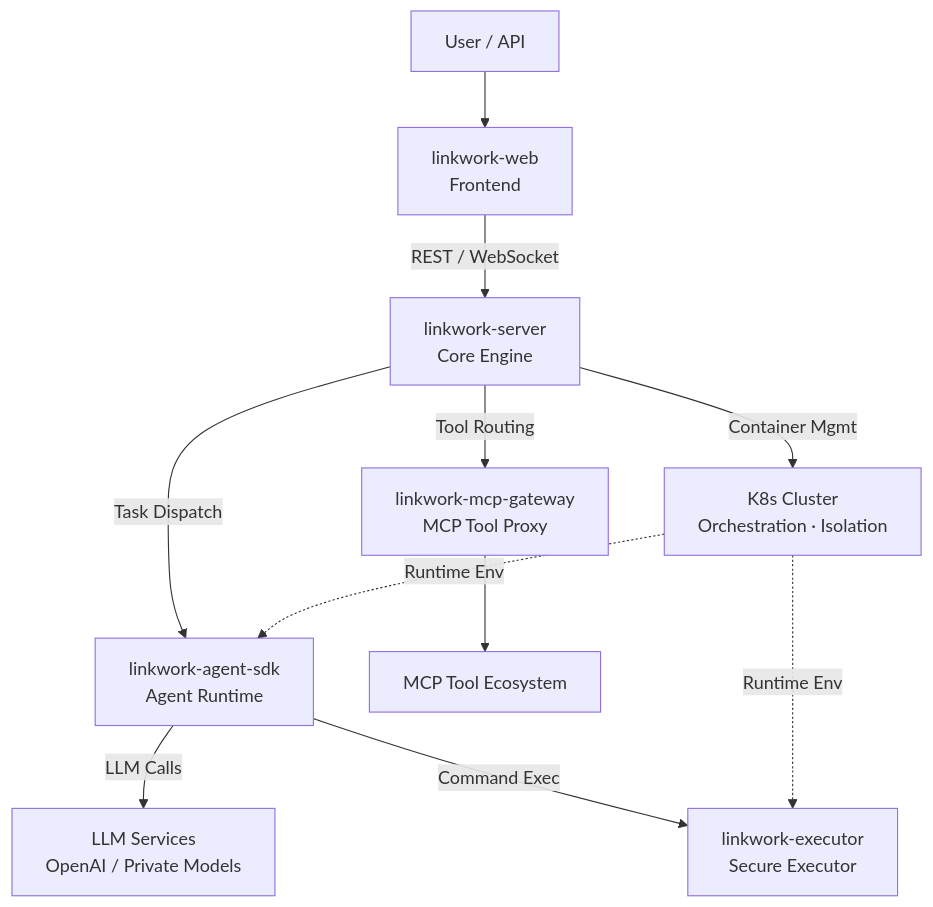
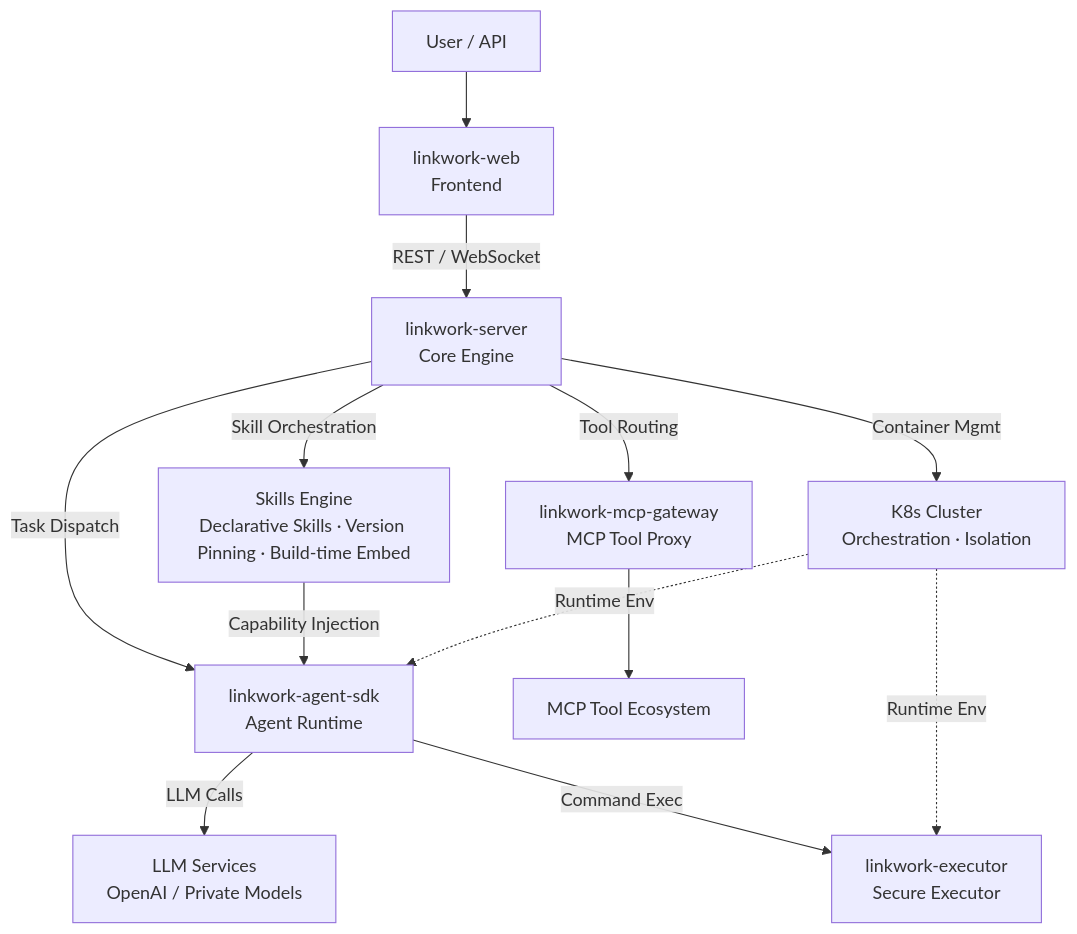
One commit to momotech/LinkWork changed the diagram in README.md. Above: the diagram before and after it, drawn with Mermaid. The commit also changed other lines of this file and 11 other files, not shown here.

````diff
--- a/README.md
+++ b/README.md
@@ -80,23 +136,26 @@
 ```mermaid
 graph TB
     User["User / API"]
     Web["linkwork-web<br/>Frontend"]
     Server["linkwork-server<br/>Core Engine"]
+    Skills["Skills Engine<br/>Declarative Skills · Version Pinning · Build-time Embed"]
     Gateway["linkwork-mcp-gateway<br/>MCP Tool Proxy"]
     SDK["linkwork-agent-sdk<br/>Agent Runtime"]
     Executor["linkwork-executor<br/>Secure Executor"]
     LLM["LLM Services<br/>OpenAI / Private Models"]
     Tools["MCP Tool Ecosystem"]
     K8s["K8s Cluster<br/>Orchestration · Isolation"]
 
     User --> Web
     Web -->|"REST / WebSocket"| Server
     Server -->|"Task Dispatch"| SDK
+    Server -->|"Skill Orchestration"| Skills
     Server -->|"Tool Routing"| Gateway
     Server -->|"Container Mgmt"| K8s
+    Skills -->|"Capability Injection"| SDK
     SDK -->|"LLM Calls"| LLM
     SDK -->|"Command Exec"| Executor
     Gateway --> Tools
     K8s -.->|"Runtime Env"| SDK
     K8s -.->|"Runtime Env"| Executor
 ```
````
